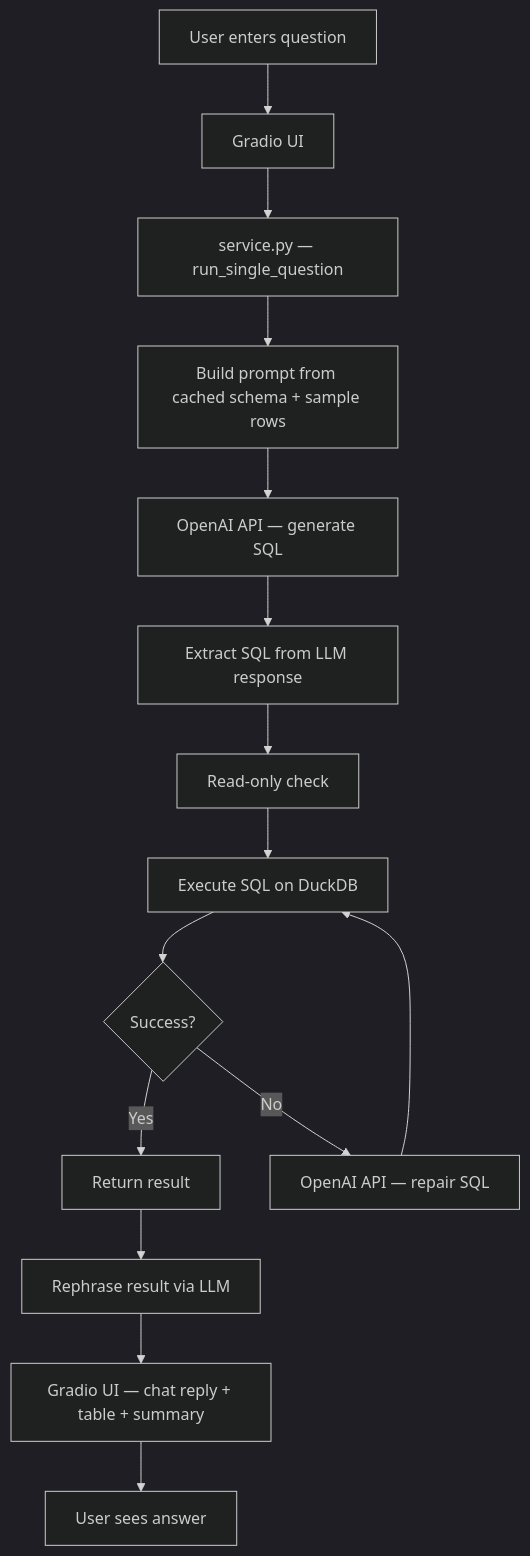
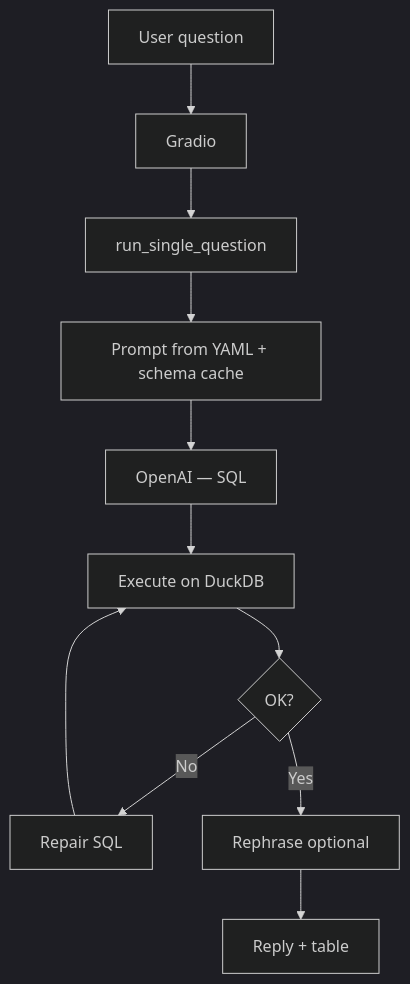
The second of 2 diagrams in docs/ProjectStatus.md (Hrsh-12/talk2data), drawn with Mermaid (dark theme) before and after one commit. The commit also changed other lines of this file and 31 other files, not shown here.

````diff
--- a/docs/ProjectStatus.md
+++ b/docs/ProjectStatus.md
@@ -230,17 +169,13 @@
 ```mermaid
 flowchart TD
-    A[User enters question] --> B[Gradio UI]
-    B --> C[service.py — run_single_question]
-    C --> D[Build prompt from cached schema + sample rows]
-    D --> E[OpenAI API — generate SQL]
-    E --> F[Extract SQL from LLM response]
-    F --> G[Read-only check]
-    G --> H[Execute SQL on DuckDB]
-    H --> I{Success?}
-    I -- Yes --> K[Return result]
-    I -- No --> J[OpenAI API — repair SQL]
-    J --> H
-    K --> L[Rephrase result via LLM]
-    L --> M[Gradio UI — chat reply + table + summary]
-    M --> N[User sees answer]
+    A[User question] --> B[Gradio]
+    B --> C[run_single_question]
+    C --> D[Prompt from YAML + schema cache]
+    D --> E[OpenAI — SQL]
+    E --> F[Execute on DuckDB]
+    F --> G{OK?}
+    G -- No --> H[Repair SQL]
+    H --> F
+    G -- Yes --> I[Rephrase optional]
+    I --> J[Reply + table]
 ```
````
